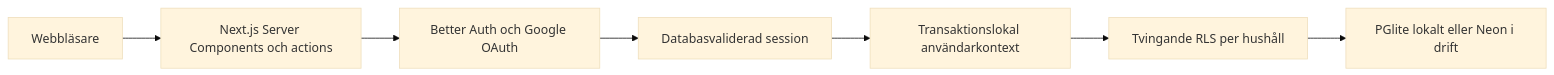
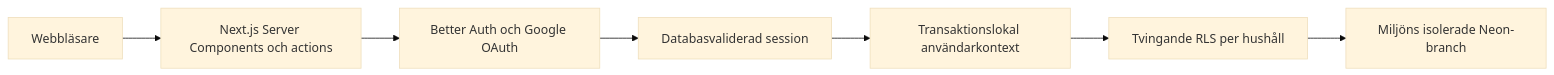
One commit to Visegue/home-economy changed the diagram in docs/architecture.md. Above: the diagram before and after it, drawn with Mermaid (base theme). The commit also changed other lines of this file and 46 other files, not shown here.

````diff
--- a/docs/architecture.md
+++ b/docs/architecture.md
@@ -7,9 +7,9 @@
 ```mermaid
 flowchart LR
   Browser["Webbläsare"] --> Next["Next.js Server Components och actions"]
   Next --> Auth["Better Auth och Google OAuth"]
   Auth --> Session["Databasvaliderad session"]
   Session --> Context["Transaktionslokal användarkontext"]
   Context --> RLS["Tvingande RLS per hushåll"]
-  RLS --> DB["PGlite lokalt eller Neon i drift"]
+  RLS --> DB["Miljöns isolerade Neon-branch"]
 ```
````
